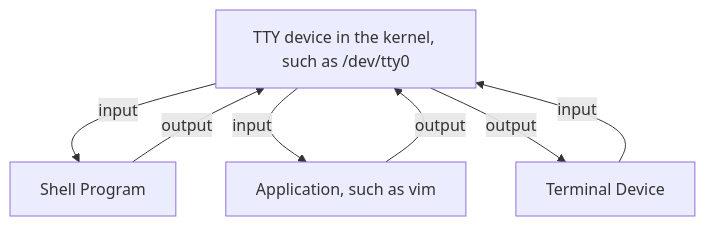
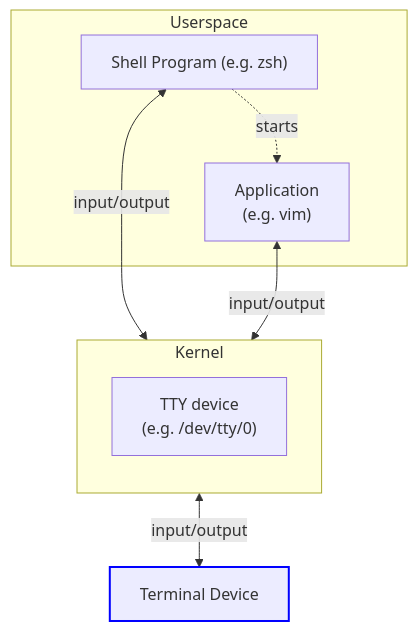
Before and after one commit to wez/wezterm: the second of 3 diagrams in docs/what-is-a-terminal.md, drawn with Mermaid. The commit also changed other lines of this file, not shown here.

Commit message:
docs: improve visualizations in TTY and PTY explanations

````diff
--- a/docs/what-is-a-terminal.md
+++ b/docs/what-is-a-terminal.md
@@ -130,9 +136,16 @@
 ```mermaid
-graph TD
-   TTY[TTY device in the kernel, such as /dev/tty0] -- input --> SHELL[Shell Program]
-   SHELL -- output --> TTY
-   APP[Application, such as vim] -- output --> TTY
-   TTY -- input --> APP
-   TTY -- output --> TERM
-   TERM[Terminal Device] -- input --> TTY
+flowchart 
+    subgraph Kernel
+        direction TB
+        TTY["TTY device\n(e.g. /dev/tty/0)"] 
+    end
+    
+    subgraph Userspace
+    SHELL["Shell Program (e.g. zsh)"] <-- input/output --> TTY
+    SHELL -. "starts" .-> APP
+    APP["Application\n(e.g. vim)"] <-- input/output --> TTY
+
+    end
+    TTY  <-- input/output -->  TE["Terminal Device"]:::td
+    classDef td stroke:#00F,stroke-width:2px
 ```
````
